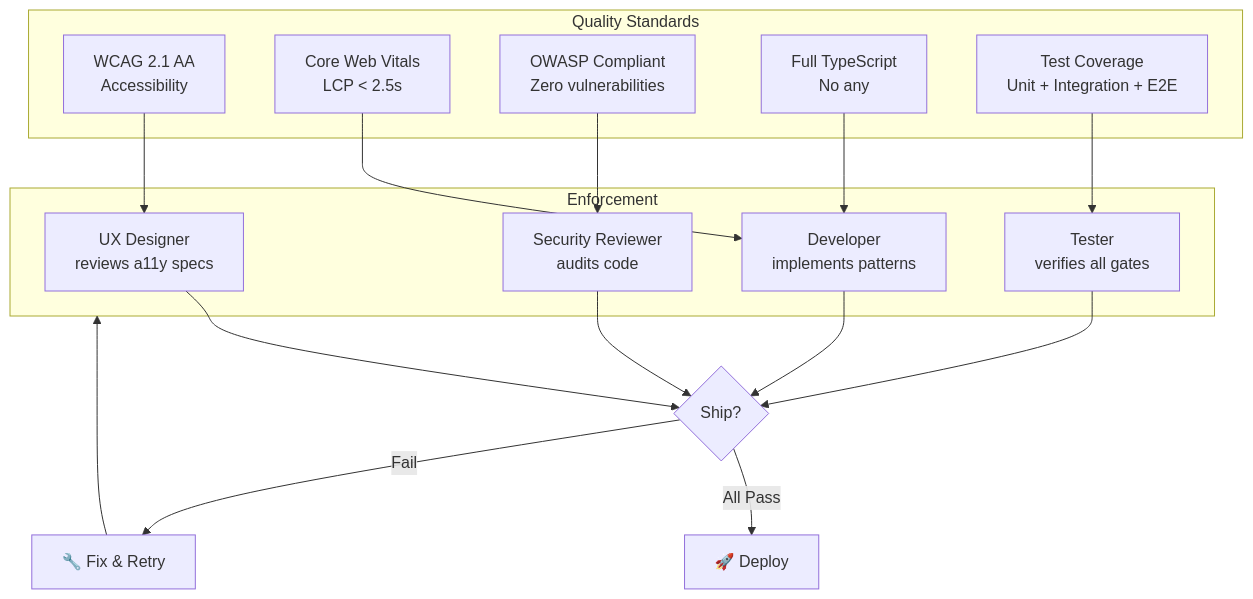
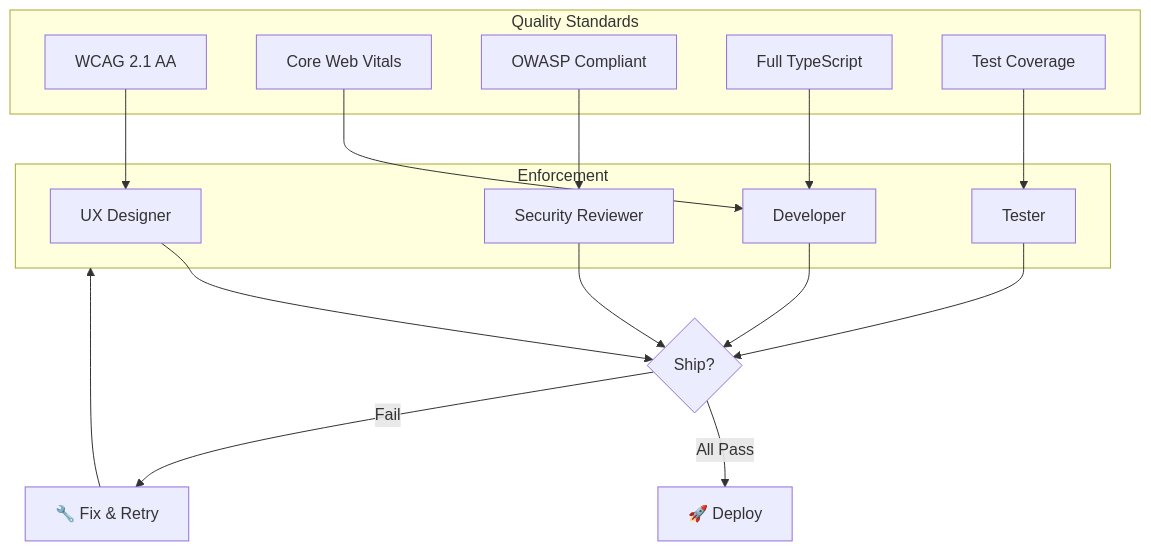
Before and after one commit to shyamsridhar123/ATV-AgentSkillsDemo: the sixth of 6 diagrams in README.md, drawn with Mermaid. The commit also changed other lines of this file and 1 other file, not shown here.

First line of the commit message:
Comprehensive README rewrite: architecture diagrams, tech stack, CLI/MCP/A2A/provider docs

````diff
--- a/README.md
+++ b/README.md
@@ -294,32 +489,32 @@
 ```mermaid
 flowchart TB
     subgraph Standards["Quality Standards"]
-        A11y["WCAG 2.1 AA<br/>Accessibility"]
-        Perf["Core Web Vitals<br/>LCP < 2.5s"]
-        Sec["OWASP Compliant<br/>Zero vulnerabilities"]
-        Type["Full TypeScript<br/>No any"]
-        Coverage["Test Coverage<br/>Unit + Integration + E2E"]
+        A11y["WCAG 2.1 AA"]
+        Perf["Core Web Vitals"]
+        Sec["OWASP Compliant"]
+        Type["Full TypeScript"]
+        Coverage["Test Coverage"]
     end
 
     subgraph Gates["Enforcement"]
-        Designer["UX Designer<br/>reviews a11y specs"]
-        Developer["Developer<br/>implements patterns"]
-        Security["Security Reviewer<br/>audits code"]
-        Tester["Tester<br/>verifies all gates"]
+        Designer["UX Designer"]
+        Developer["Developer"]
+        Security["Security Reviewer"]
+        Tester["Tester"]
     end
 
     A11y --> Designer
     Perf --> Developer
     Sec --> Security
     Type --> Developer
     Coverage --> Tester
 
     Designer --> Ship{Ship?}
     Developer --> Ship
     Security --> Ship
     Tester --> Ship
 
     Ship -->|All Pass| Deploy["🚀 Deploy"]
     Ship -->|Fail| Fix["🔧 Fix & Retry"]
     Fix --> Gates
 ```
````
